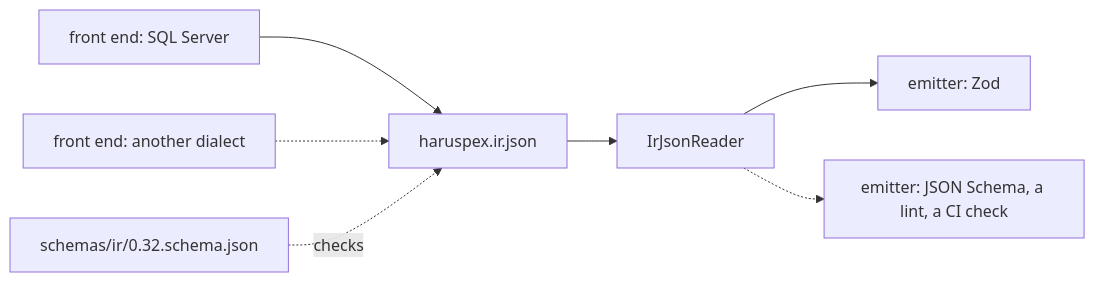
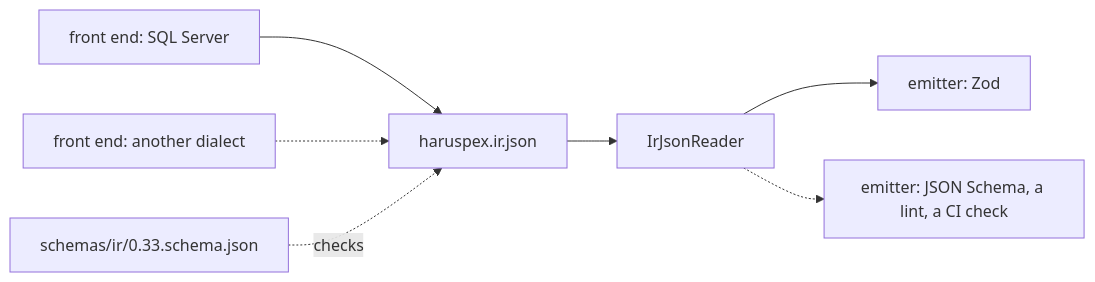
Before and after one commit to haruspex-tools/haruspex: the diagram in docs/internals/10-the-ir-as-a-contract.md, drawn with Mermaid. The commit also changed other lines of this file and 110 other files, not shown here.

````diff
--- a/docs/internals/10-the-ir-as-a-contract.md
+++ b/docs/internals/10-the-ir-as-a-contract.md
@@ -26,9 +26,9 @@
 ```mermaid
 flowchart LR
     tsql["front end: SQL Server"] --> file["haruspex.ir.json"]
     pg["front end: another dialect"] -.-> file
     file --> reader["IrJsonReader"]
     reader --> zod["emitter: Zod"]
     reader -.-> other["emitter: JSON Schema, a lint, a CI check"]
-    schema["schemas/ir/0.32.schema.json"] -.->|checks| file
+    schema["schemas/ir/0.33.schema.json"] -.->|checks| file
 ```
````
